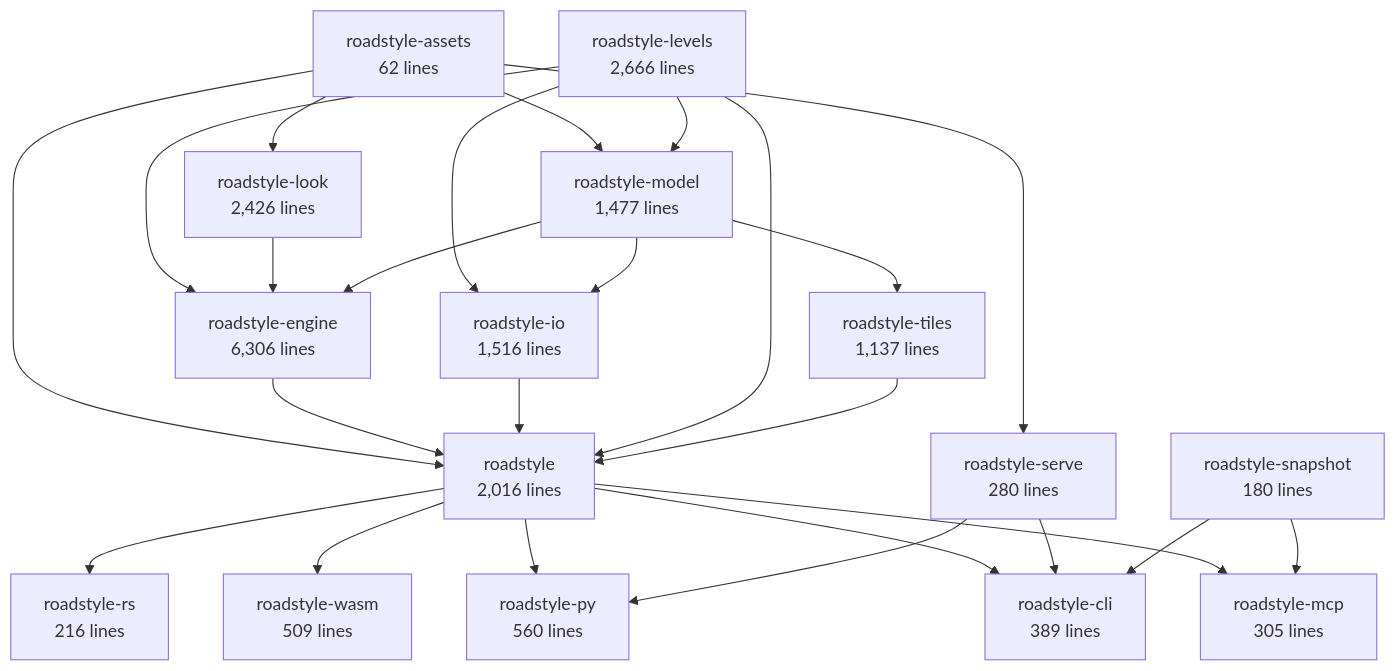
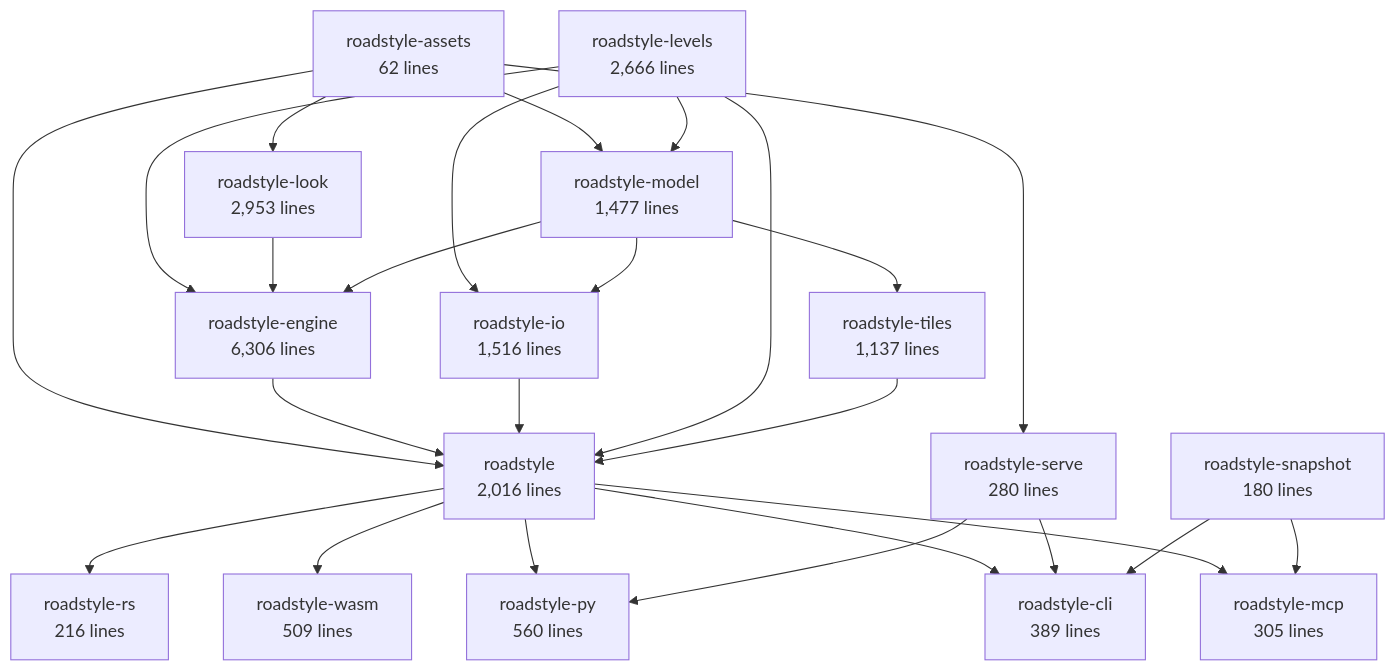
One commit to Khoshkhah/roadstyle changed the second of 6 diagrams in docs/rust/architecture.md. Above: the diagram before and after it, drawn with Mermaid. The commit also changed other lines of this file and 16 other files, not shown here.

````diff
--- a/docs/rust/architecture.md
+++ b/docs/rust/architecture.md
@@ -70,42 +70,42 @@
 ```mermaid
 flowchart TB
     roadstyle_assets["roadstyle-assets<br/>62 lines"]
     roadstyle_model["roadstyle-model<br/>1,477 lines"]
-    roadstyle_look["roadstyle-look<br/>2,426 lines"]
+    roadstyle_look["roadstyle-look<br/>2,953 lines"]
     roadstyle_io["roadstyle-io<br/>1,516 lines"]
     roadstyle_levels["roadstyle-levels<br/>2,666 lines"]
     roadstyle_engine["roadstyle-engine<br/>6,306 lines"]
     roadstyle_tiles["roadstyle-tiles<br/>1,137 lines"]
     roadstyle["roadstyle<br/>2,016 lines"]
     roadstyle_rs["roadstyle-rs<br/>216 lines"]
     roadstyle_wasm["roadstyle-wasm<br/>509 lines"]
     roadstyle_py["roadstyle-py<br/>560 lines"]
     roadstyle_cli["roadstyle-cli<br/>389 lines"]
     roadstyle_mcp["roadstyle-mcp<br/>305 lines"]
     roadstyle_serve["roadstyle-serve<br/>280 lines"]
     roadstyle_snapshot["roadstyle-snapshot<br/>180 lines"]
     roadstyle_assets --> roadstyle_model
     roadstyle_levels --> roadstyle_model
     roadstyle_assets --> roadstyle_look
     roadstyle_levels --> roadstyle_io
     roadstyle_model --> roadstyle_io
     roadstyle_levels --> roadstyle_engine
     roadstyle_look --> roadstyle_engine
     roadstyle_model --> roadstyle_engine
     roadstyle_model --> roadstyle_tiles
     roadstyle_assets --> roadstyle
     roadstyle_engine --> roadstyle
     roadstyle_io --> roadstyle
     roadstyle_levels --> roadstyle
     roadstyle_tiles --> roadstyle
     roadstyle --> roadstyle_rs
     roadstyle --> roadstyle_wasm
     roadstyle --> roadstyle_py
     roadstyle_serve --> roadstyle_py
     roadstyle --> roadstyle_cli
     roadstyle_serve --> roadstyle_cli
     roadstyle_snapshot --> roadstyle_cli
     roadstyle --> roadstyle_mcp
     roadstyle_snapshot --> roadstyle_mcp
     roadstyle_assets --> roadstyle_serve
 ```
````
